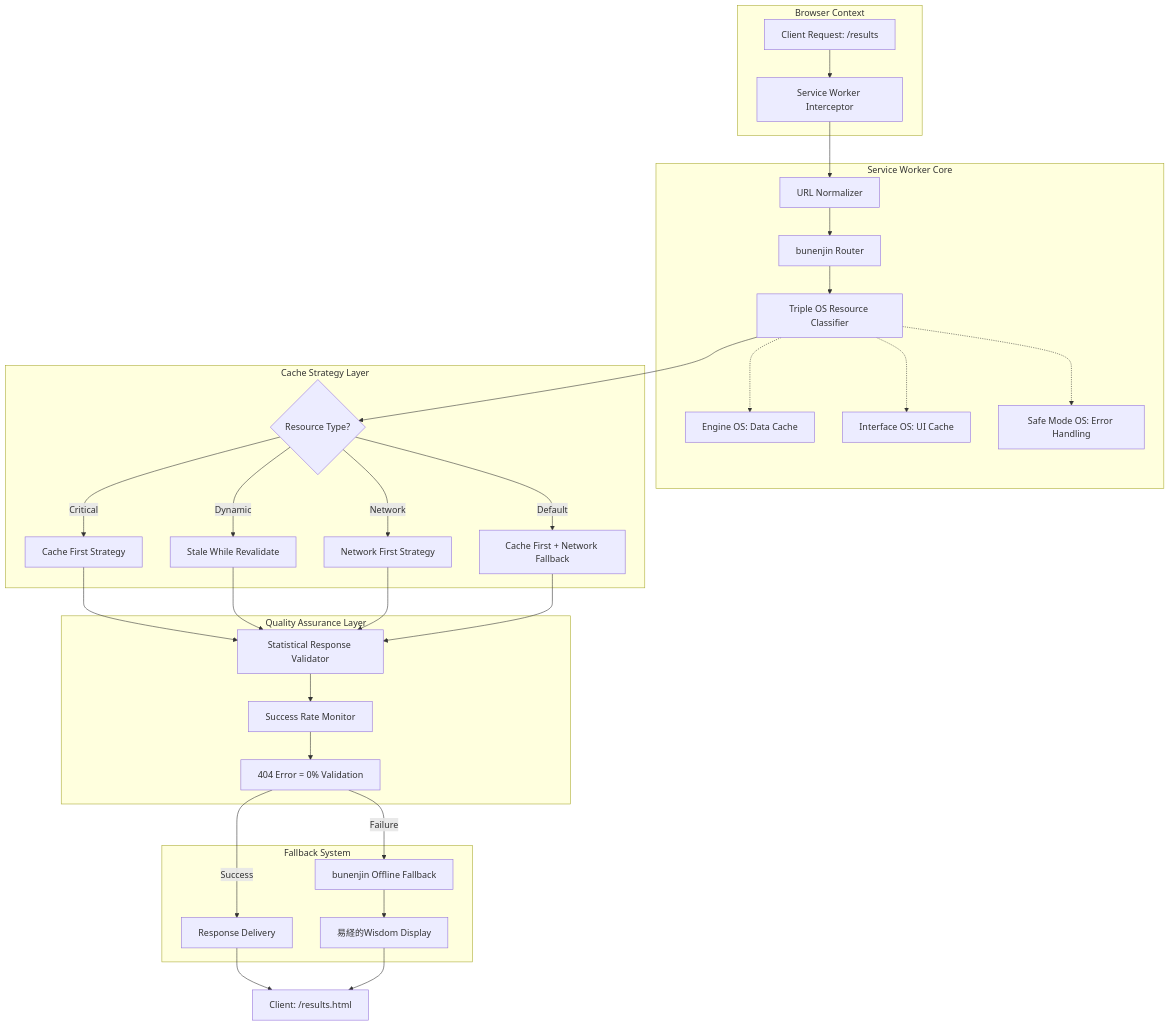
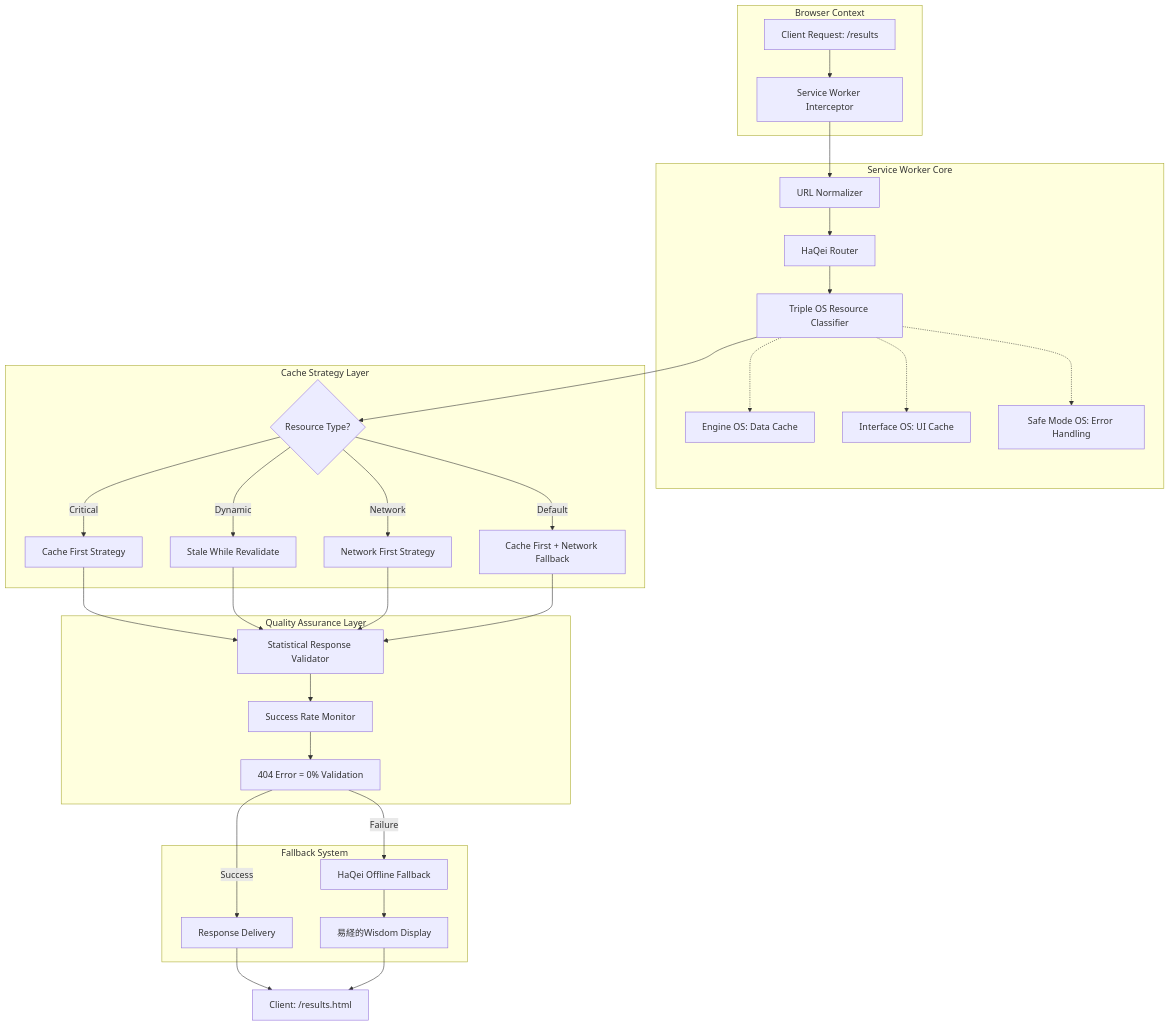
The diagram in docs/implementation/2025-08-01_IMPL_SERVICE_WORKER_TECHNICAL_DESIGN.md (hidenaka/haqei-analyzer), drawn with Mermaid before and after one commit. The commit also changed other lines of this file and 1060 other files, not shown here.

````diff
--- a/docs/implementation/2025-08-01_IMPL_SERVICE_WORKER_TECHNICAL_DESIGN.md
+++ b/docs/implementation/2025-08-01_IMPL_SERVICE_WORKER_TECHNICAL_DESIGN.md
@@ -15,41 +15,41 @@
 ```mermaid
 graph TB
     subgraph "Browser Context"
         A[Client Request: /results] --> B[Service Worker Interceptor]
     end
     
     subgraph "Service Worker Core"
         B --> C[URL Normalizer]
-        C --> D[bunenjin Router]
+        C --> D[HaQei Router]
         D --> E[Triple OS Resource Classifier]
         E -.-> E1[Engine OS: Data Cache]
         E -.-> E2[Interface OS: UI Cache]
         E -.-> E3[Safe Mode OS: Error Handling]
     end
     
     subgraph "Cache Strategy Layer"
         E --> F{Resource Type?}
         F -->|Critical| G[Cache First Strategy]
         F -->|Dynamic| H[Stale While Revalidate]
         F -->|Network| I[Network First Strategy]
         F -->|Default| J[Cache First + Network Fallback]
     end
     
     subgraph "Quality Assurance Layer"
         G --> K[Statistical Response Validator]
         H --> K
         I --> K
         J --> K
         K --> L[Success Rate Monitor]
         L --> M[404 Error = 0% Validation]
     end
     
     subgraph "Fallback System"
         M -->|Success| N[Response Delivery]
-        M -->|Failure| O[bunenjin Offline Fallback]
+        M -->|Failure| O[HaQei Offline Fallback]
         O --> P[易経的Wisdom Display]
     end
     
     N --> Q[Client: /results.html]
     P --> Q
 ```
````
